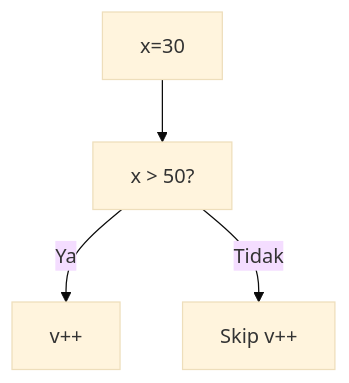
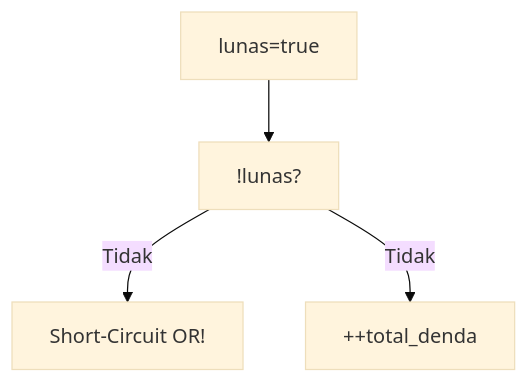
Before and after one commit to amnahwaida/OSNK_INF_PREP: the fifth of 25 diagrams in part-c-pemahaman-cpp/02-percabangan/latihan/set-07.md, drawn with Mermaid (base theme). The commit also changed other lines of this file and 71 other files, not shown here.

````diff
--- a/part-c-pemahaman-cpp/02-percabangan/latihan/set-07.md
+++ b/part-c-pemahaman-cpp/02-percabangan/latihan/set-07.md
@@ -133,6 +141,6 @@
 ```mermaid
 graph TD
-A["x=30"] --> B["x > 50?"]
-B -- Ya --> C["v++"]
-B -- Tidak --> D["Skip v++"]
+A["lunas=true"] --> B["!lunas?"]
+B -- Tidak --> C["Short-Circuit OR!"]
+B -- Tidak --> D["++total_denda"]
 ```
````
